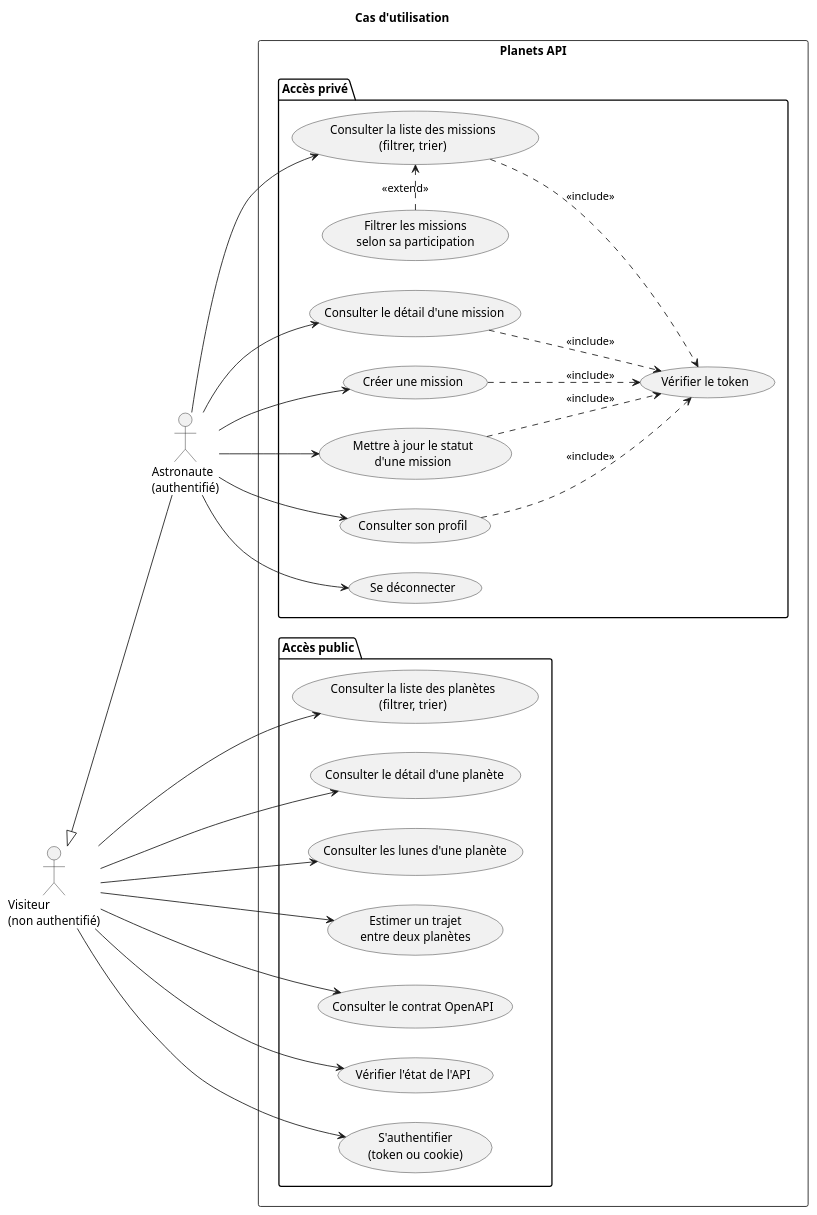
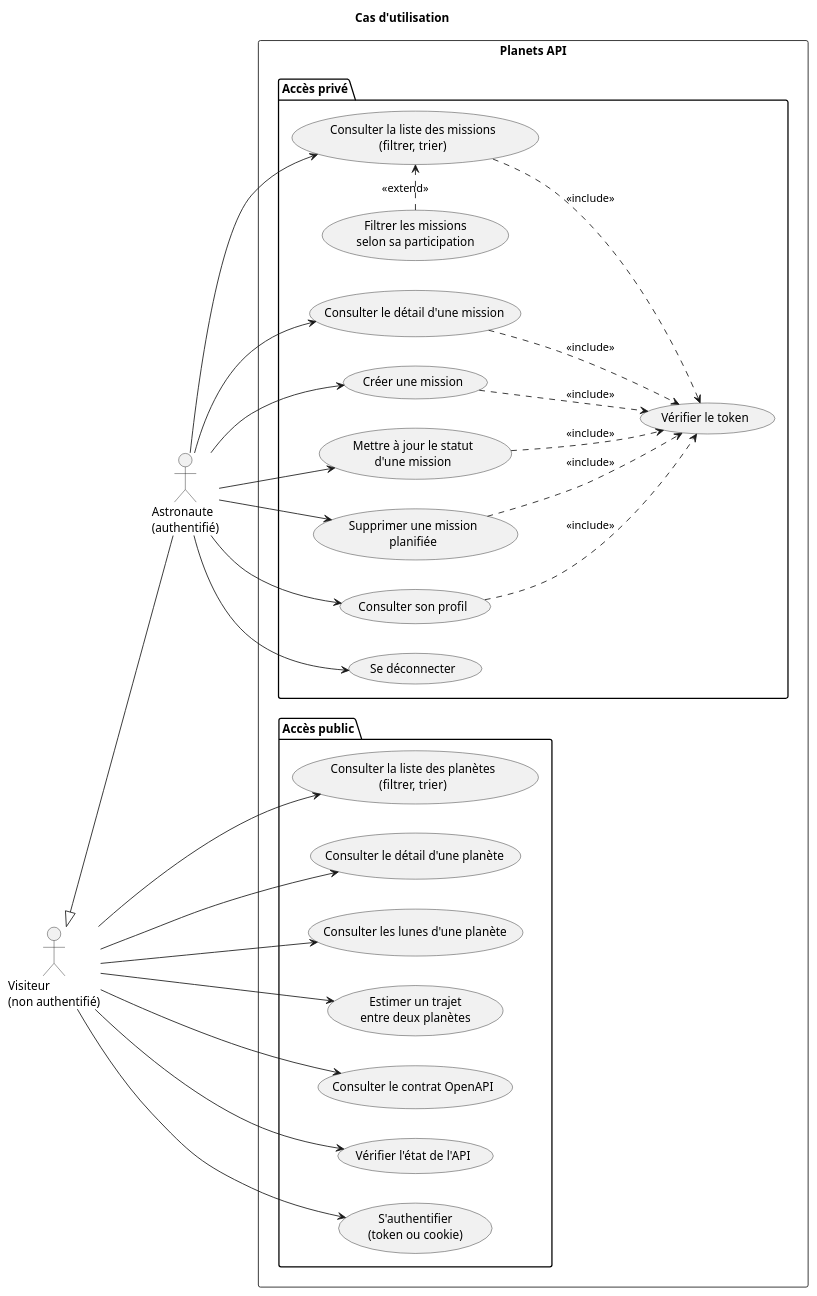
One commit to shrp777/planets-api changed the diagram in docs/schemas/cas-utilisation.puml. Above: the diagram before and after it, drawn with PlantUML. The commit also changed 12 other files, not shown here.

Commit message:
ajout d'un endpoint pour la suppression d'une mission non débutée

```diff
--- a/docs/schemas/cas-utilisation.puml
+++ b/docs/schemas/cas-utilisation.puml
@@ -1,55 +1,58 @@
 @startuml cas-utilisation
 title Cas d'utilisation
 
 left to right direction
 
 actor "Visiteur\n(non authentifié)" as Visiteur
 actor "Astronaute\n(authentifié)" as Astronaute
 
 Visiteur <|-- Astronaute
 
 rectangle "Planets API" {
   package "Accès public" {
     usecase "Consulter la liste des planètes\n(filtrer, trier)" as UC1
     usecase "Consulter le détail d'une planète" as UC2
     usecase "Consulter les lunes d'une planète" as UC3
     usecase "Estimer un trajet\nentre deux planètes" as UC4
     usecase "Consulter le contrat OpenAPI" as UC5
     usecase "Vérifier l'état de l'API" as UC6
     usecase "S'authentifier\n(token ou cookie)" as UC7
   }
 
   package "Accès privé" {
     usecase "Consulter la liste des missions\n(filtrer, trier)" as UC8
     usecase "Consulter le détail d'une mission" as UC9
     usecase "Filtrer les missions\nselon sa participation" as UC10
     usecase "Créer une mission" as UC14
     usecase "Mettre à jour le statut\nd'une mission" as UC15
+    usecase "Supprimer une mission\nplanifiée" as UC16
     usecase "Consulter son profil" as UC11
     usecase "Se déconnecter" as UC12
     usecase "Vérifier le token" as UC13
   }
 }
 
 Visiteur --> UC1
 Visiteur --> UC2
 Visiteur --> UC3
 Visiteur --> UC4
 Visiteur --> UC5
 Visiteur --> UC6
 Visiteur --> UC7
 
 Astronaute --> UC8
 Astronaute --> UC9
 Astronaute --> UC14
 Astronaute --> UC15
+Astronaute --> UC16
 Astronaute --> UC11
 Astronaute --> UC12
 
 UC10 .> UC8 : <<extend>>
 UC8 ..> UC13 : <<include>>
 UC9 ..> UC13 : <<include>>
 UC14 ..> UC13 : <<include>>
 UC15 ..> UC13 : <<include>>
+UC16 ..> UC13 : <<include>>
 UC11 ..> UC13 : <<include>>
 @enduml
```
